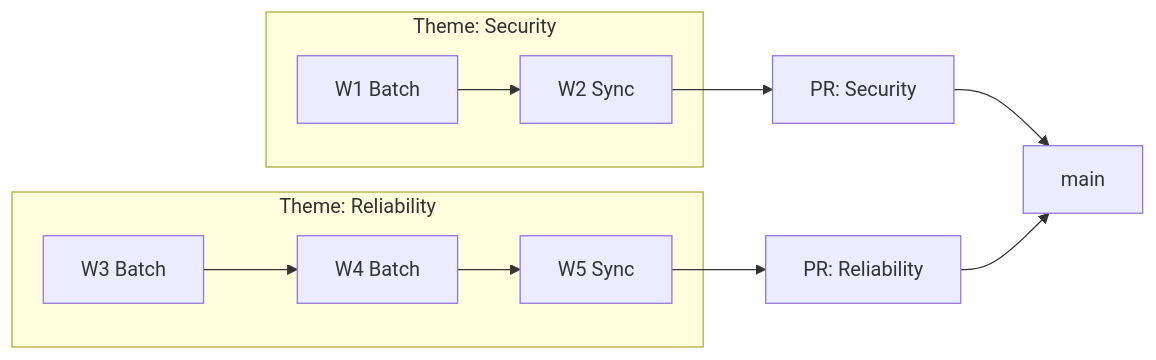
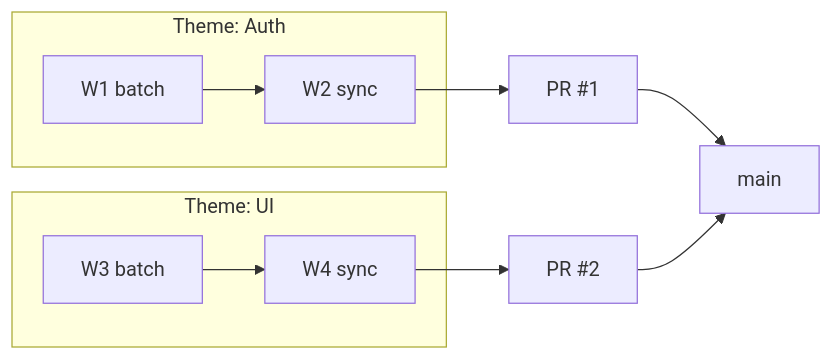
One commit to Roberdan/MyConvergio changed the third of 4 diagrams in README.md. Above: the diagram before and after it, drawn with Mermaid. The commit also changed other lines of this file and 1 other file, not shown here.

First line of the commit message:
feat: v10.1.0 — README rewrite, security hardening, Control Room (#26)

````diff
--- a/README.md
+++ b/README.md
@@ -105,13 +125,13 @@
 ```mermaid
 flowchart LR
-    subgraph T1[Theme: Security]
-        W1[W1 Batch] --> W2[W2 Sync]
+    subgraph "Theme: Auth"
+        W1["W1 batch"] --> W2["W2 sync"]
     end
-    subgraph T2[Theme: Reliability]
-        W3[W3 Batch] --> W4[W4 Batch] --> W5[W5 Sync]
+    subgraph "Theme: UI"
+        W3["W3 batch"] --> W4["W4 sync"]
     end
-    W2 --> PR1[PR: Security]
-    W5 --> PR2[PR: Reliability]
-    PR1 --> MAIN[main]
-    PR2 --> MAIN
+    W2 --> PR1["PR #1"]
+    W4 --> PR2["PR #2"]
+    PR1 --> M["main"]
+    PR2 --> M
 ```
````
